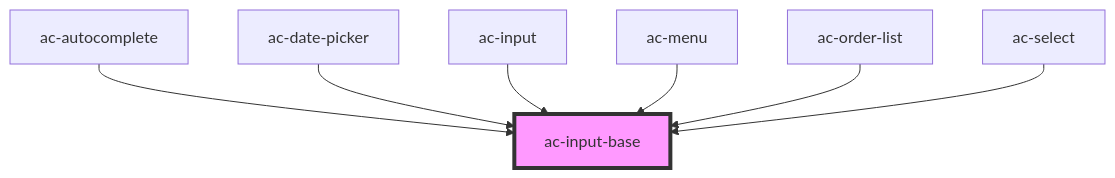
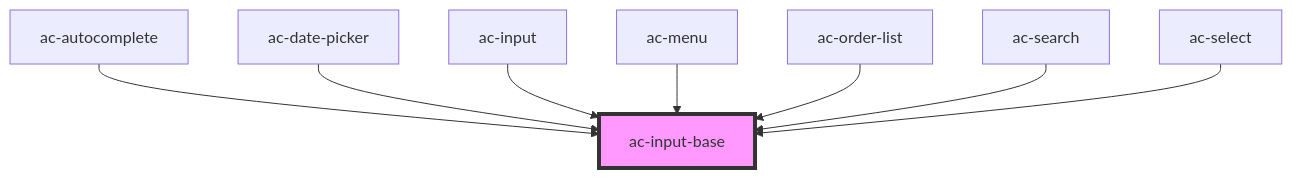
The diagram in src/components/atoms/ac-input-base/readme.md (accera-tech/solar-components), drawn with Mermaid before and after one commit. The commit also changed other lines of this file and 10 other files, not shown here.

````diff
--- a/src/components/atoms/ac-input-base/readme.md
+++ b/src/components/atoms/ac-input-base/readme.md
@@ -38909,10 +38910,11 @@
 ```mermaid
 graph TD;
   ac-autocomplete --> ac-input-base
   ac-date-picker --> ac-input-base
   ac-input --> ac-input-base
   ac-menu --> ac-input-base
   ac-order-list --> ac-input-base
+  ac-search --> ac-input-base
   ac-select --> ac-input-base
   style ac-input-base fill:#f9f,stroke:#333,stroke-width:4px
 ```
````
